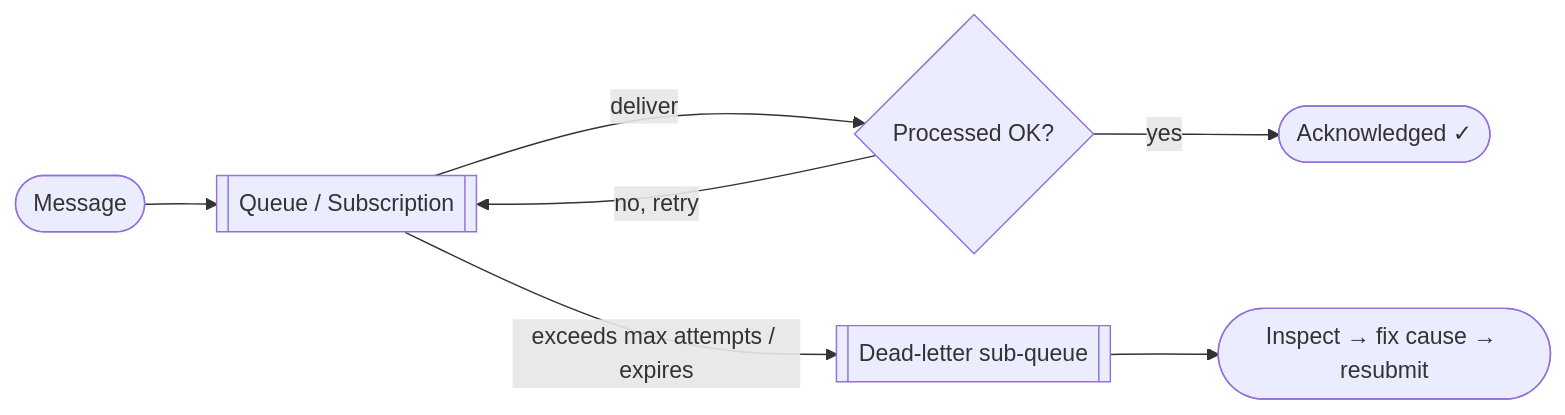
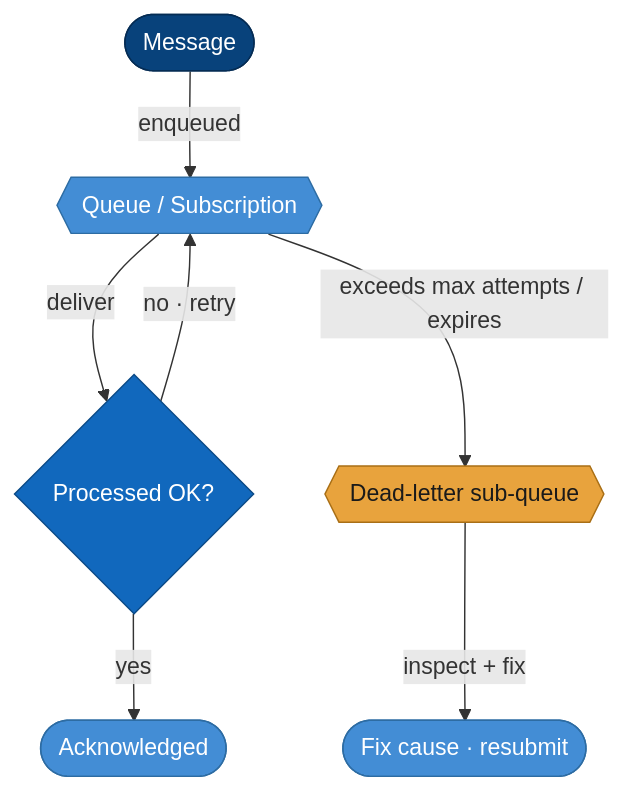
One commit to seesathish/AntKart-Src3 changed the third of 3 diagrams in docs/guides/messaging-concepts.md. Above: the diagram before and after it, drawn with Mermaid. The commit also changed other lines of this file and 4 other files, not shown here.

First line of the commit message:
docs: standardise all concept-guide Mermaid diagrams to one visual standard

````diff
--- a/docs/guides/messaging-concepts.md
+++ b/docs/guides/messaging-concepts.md
@@ -76,9 +110,21 @@
 ```mermaid
-flowchart LR
-    M([Message]) --> Q[[Queue / Subscription]]
+flowchart TB
+    M([Message]) -->|enqueued| Q{{Queue / Subscription}}
     Q -->|deliver| C{Processed OK?}
-    C -->|yes| DONE([Acknowledged ✓])
-    C -->|no, retry| Q
-    Q -->|exceeds max attempts / expires| DLQ[[Dead-letter sub-queue]]
-    DLQ --> INSPECT([Inspect → fix cause → resubmit])
+    C -->|yes| DONE([Acknowledged])
+    C -->|no · retry| Q
+    Q -->|exceeds max attempts / expires| DLQ{{Dead-letter sub-queue}}
+    DLQ -->|inspect + fix| INSPECT([Fix cause · resubmit])
+
+    classDef actor   fill:#08427B,stroke:#052c54,color:#ffffff;
+    classDef primary fill:#1168BD,stroke:#0b4a87,color:#ffffff;
+    classDef service fill:#438DD5,stroke:#2d6ca3,color:#ffffff;
+    classDef data    fill:#85BBF0,stroke:#5a9bd4,color:#0b2545;
+    classDef external fill:#8B8B8B,stroke:#5f5f5f,color:#ffffff;
+    classDef focus   fill:#E8A33D,stroke:#a96f16,color:#1a1a1a;
+
+    class M actor
+    class Q,DONE,INSPECT service
+    class C primary
+    class DLQ focus
 ```
````
